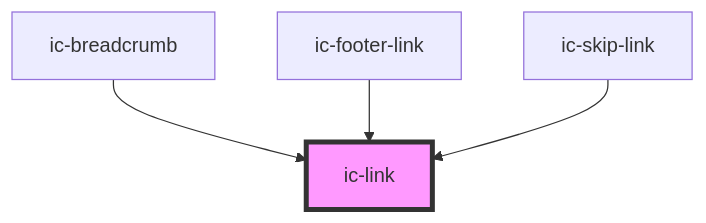
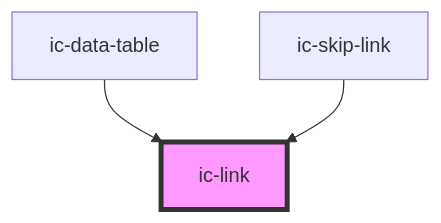
The diagram in packages/web-components/src/components/ic-link/readme.md (mi6/ic-ui-kit), drawn with Mermaid before and after one commit. The commit also changed other lines of this file and 19 other files, not shown here.

````diff
--- a/packages/web-components/src/components/ic-link/readme.md
+++ b/packages/web-components/src/components/ic-link/readme.md
@@ -51,7 +50,6 @@
 ```mermaid
 graph TD;
-  ic-breadcrumb --> ic-link
-  ic-footer-link --> ic-link
+  ic-data-table --> ic-link
   ic-skip-link --> ic-link
   style ic-link fill:#f9f,stroke:#333,stroke-width:4px
 ```
````
